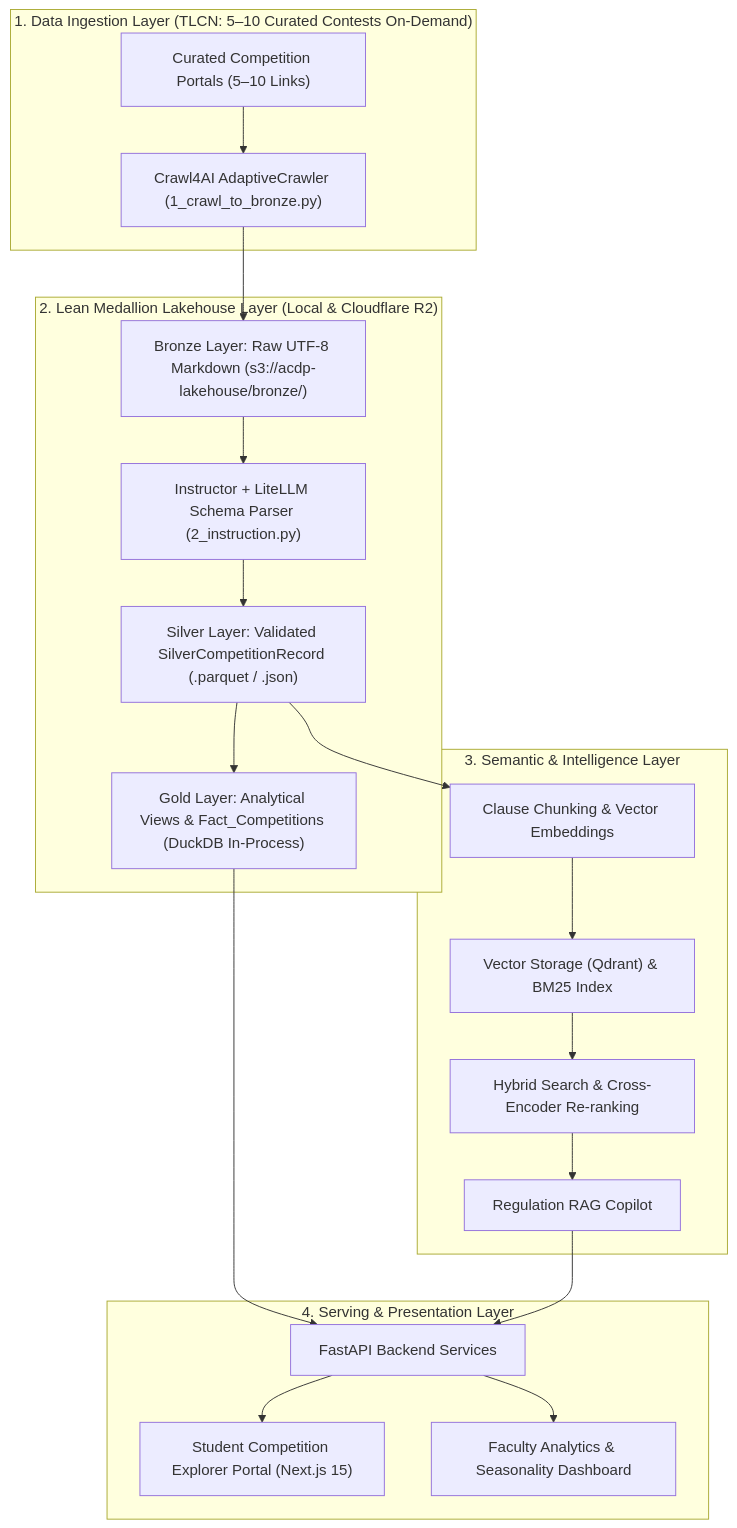
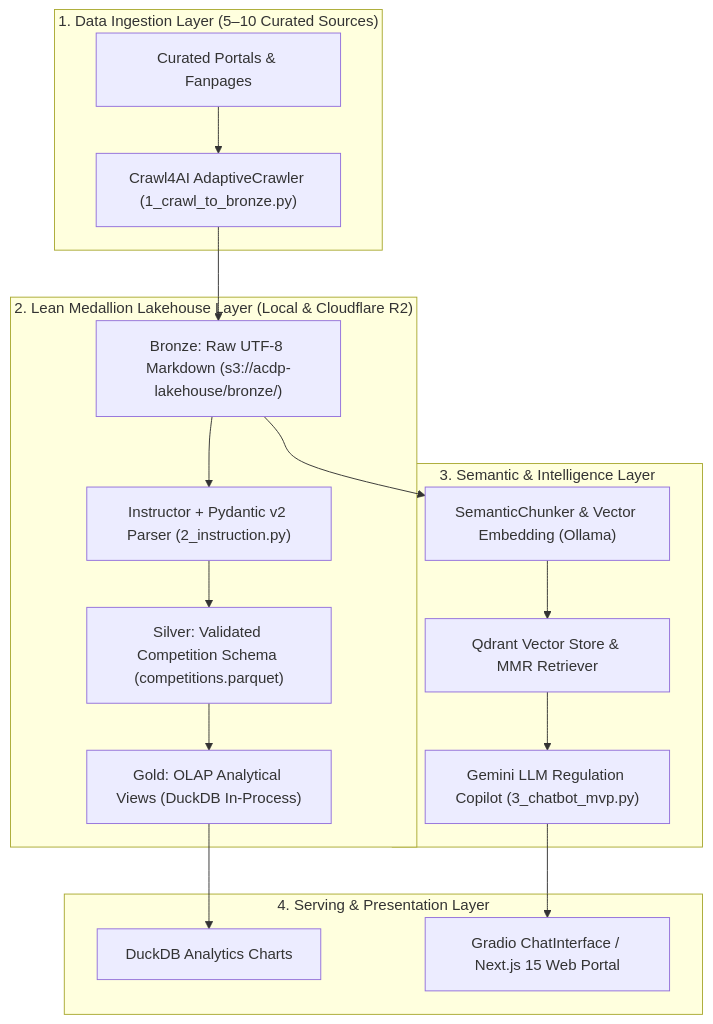
Before and after one commit to darktheDE/acdp-platform: the diagram in README.md, drawn with Mermaid. The commit also changed other lines of this file, not shown here.

Commit message:
docs: update README.md with streamlined TLCN MVP architecture and tech stack

````diff
--- a/README.md
+++ b/README.md
@@ -44,27 +28,24 @@
 ```mermaid
 flowchart TD
-    subgraph Ingestion["1. Data Ingestion Layer (TLCN: 5–10 Curated Contests On-Demand)"]
-        A1["Curated Competition Portals (5–10 Links)"] --> B1["Crawl4AI AdaptiveCrawler (1_crawl_to_bronze.py)"]
+    subgraph Ingestion["1. Data Ingestion Layer (5–10 Curated Sources)"]
+        A["Curated Portals & Fanpages"] --> B["Crawl4AI AdaptiveCrawler (1_crawl_to_bronze.py)"]
     end
 
     subgraph Lakehouse["2. Lean Medallion Lakehouse Layer (Local & Cloudflare R2)"]
-        B1 --> C1["Bronze Layer: Raw UTF-8 Markdown (s3://acdp-lakehouse/bronze/)"]
-        C1 --> B2["Instructor + LiteLLM Schema Parser (2_instruction.py)"]
-        B2 --> C2["Silver Layer: Validated SilverCompetitionRecord (.parquet / .json)"]
-        C2 --> C3["Gold Layer: Analytical Views & Fact_Competitions (DuckDB In-Process)"]
+        B --> C["Bronze: Raw UTF-8 Markdown (s3://acdp-lakehouse/bronze/)"]
+        C --> D["Instructor + Pydantic v2 Parser (2_instruction.py)"]
+        D --> E["Silver: Validated Competition Schema (competitions.parquet)"]
+        E --> F["Gold: OLAP Analytical Views (DuckDB In-Process)"]
     end
 
     subgraph Intelligence["3. Semantic & Intelligence Layer"]
-        C2 --> D1["Clause Chunking & Vector Embeddings"]
-        D1 --> D2["Vector Storage (Qdrant) & BM25 Index"]
-        D2 --> D3["Hybrid Search & Cross-Encoder Re-ranking"]
-        D3 --> D4["Regulation RAG Copilot"]
+        C --> G["SemanticChunker & Vector Embedding (Ollama)"]
+        G --> H["Qdrant Vector Store & MMR Retriever"]
+        H --> I["Gemini LLM Regulation Copilot (3_chatbot_mvp.py)"]
     end
 
     subgraph Serving["4. Serving & Presentation Layer"]
-        C3 --> E1["FastAPI Backend Services"]
-        D4 --> E1
-        E1 --> F1["Student Competition Explorer Portal (Next.js 15)"]
-        E1 --> F2["Faculty Analytics & Seasonality Dashboard"]
+        F --> J["DuckDB Analytics Charts"]
+        I --> K["Gradio ChatInterface / Next.js 15 Web Portal"]
     end
 ```
````
